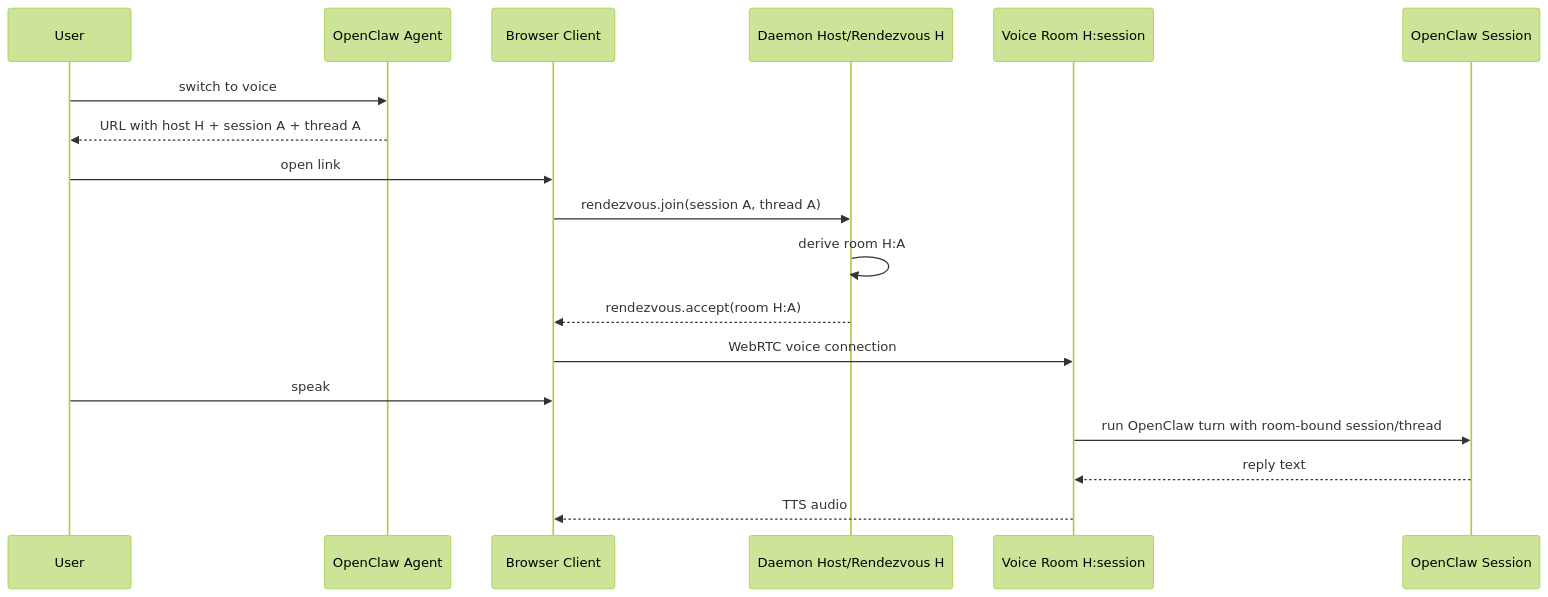
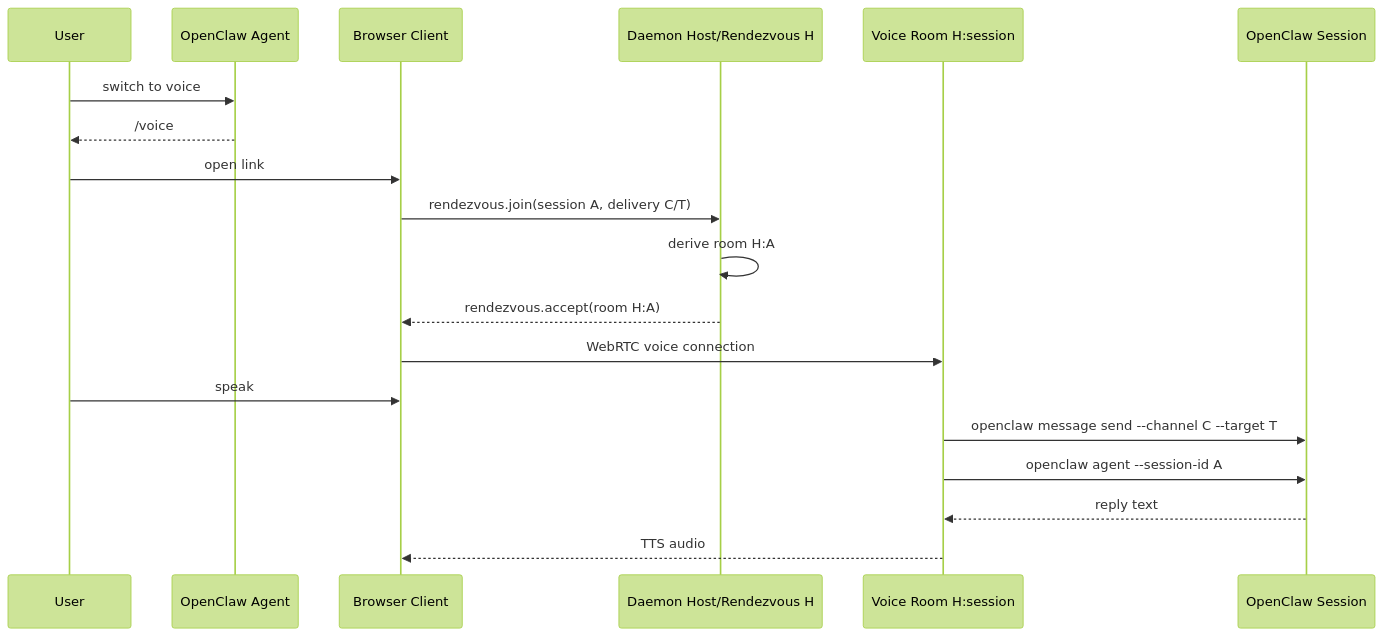
Before and after one commit to davidguttman/clawkie-talkie: the diagram in docs/plans/2026-04-26-rendezvous-voice-handoff.md, drawn with Mermaid (forest theme). The commit also changed other lines of this file, not shown here.

Commit message:
docs: add hash handoff url requirements

````diff
--- a/docs/plans/2026-04-26-rendezvous-voice-handoff.md
+++ b/docs/plans/2026-04-26-rendezvous-voice-handoff.md
@@ -725,21 +985,22 @@
 ```mermaid
 sequenceDiagram
   participant User
   participant Agent as OpenClaw Agent
   participant Phone as Browser Client
   participant Host as Daemon Host/Rendezvous H
   participant Room as Voice Room H:session
   participant OC as OpenClaw Session
 
   User->>Agent: switch to voice
-  Agent-->>User: URL with host H + session A + thread A
+  Agent-->>User: /voice#host=H&session=A&channel=C&target=T
   User->>Phone: open link
-  Phone->>Host: rendezvous.join(session A, thread A)
+  Phone->>Host: rendezvous.join(session A, delivery C/T)
   Host->>Host: derive room H:A
   Host-->>Phone: rendezvous.accept(room H:A)
   Phone->>Room: WebRTC voice connection
   User->>Phone: speak
-  Room->>OC: run OpenClaw turn with room-bound session/thread
+  Room->>OC: openclaw message send --channel C --target T
+  Room->>OC: openclaw agent --session-id A
   OC-->>Room: reply text
   Room-->>Phone: TTS audio
 ```
````
